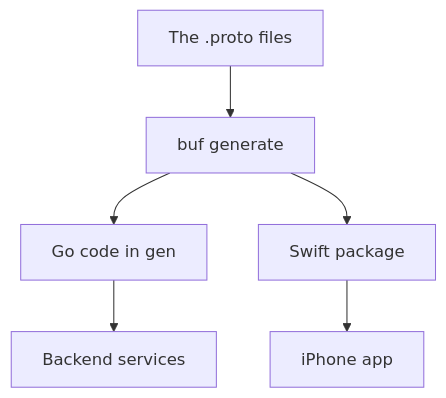
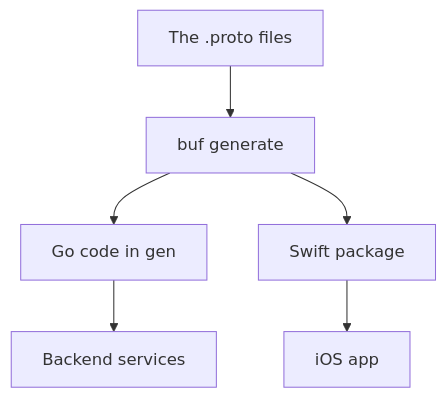
Before and after one commit to ravialdyh/my-money-recap-monorepo: the diagram in packages/contract/README.md, drawn with Mermaid. The commit also changed other lines of this file and 28 other files, not shown here.

````diff
--- a/packages/contract/README.md
+++ b/packages/contract/README.md
@@ -10,14 +10,14 @@
 ```mermaid
 flowchart TD
     proto["The .proto files"]
     buf["buf generate"]
     go["Go code in gen"]
     swift["Swift package"]
     backend["Backend services"]
-    ios["iPhone app"]
+    ios["iOS app"]
     proto --> buf
     buf --> go
     buf --> swift
     go --> backend
     swift --> ios
 ```
````
